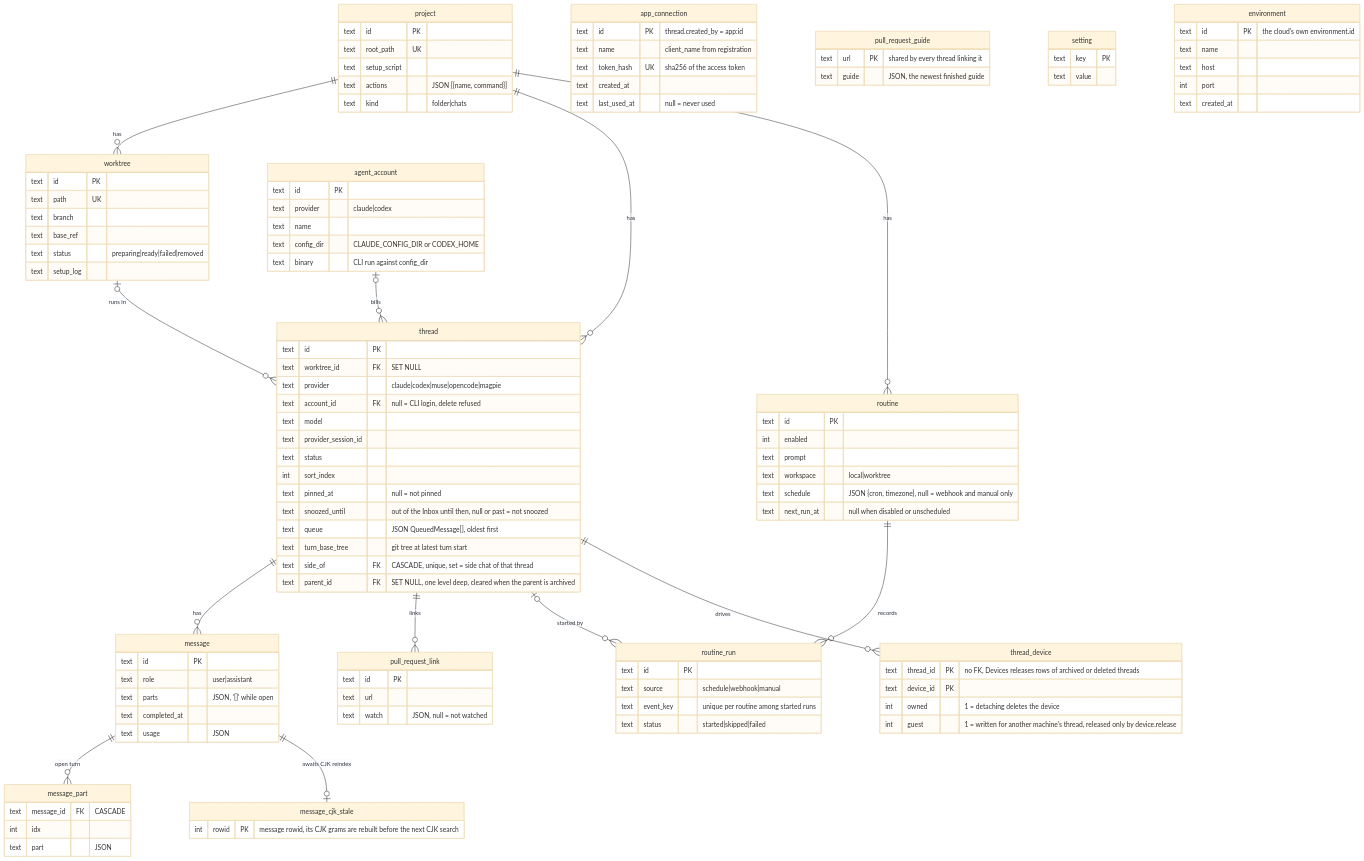
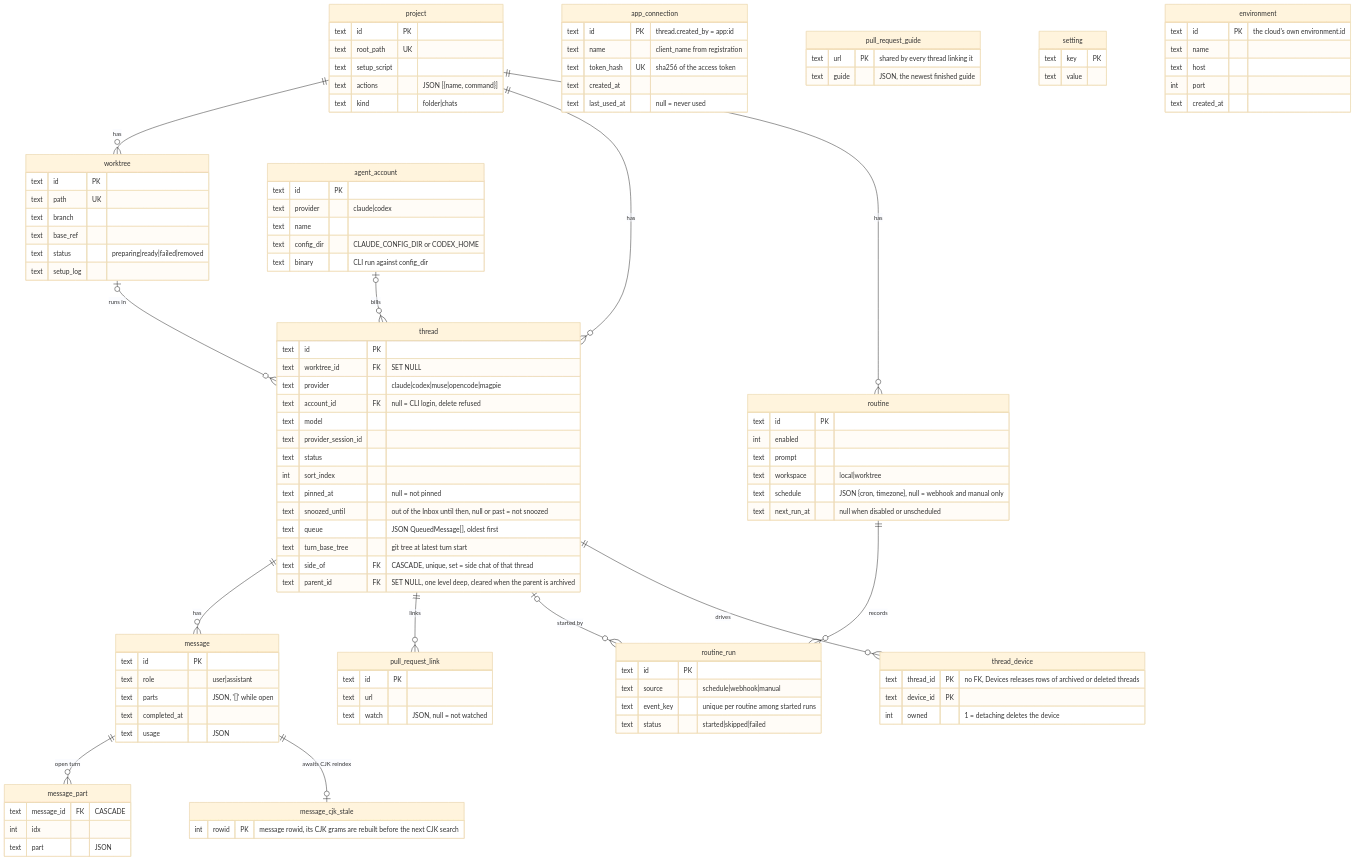
Before and after one commit to hinadev-ai/hinacode: diagram 12 of 19 in docs/arch.md, drawn with Mermaid (base theme). The commit also changed 48 other files, not shown here.

First line of the commit message:
feat(devices): run a thread's devices on a paired machine (#923)

```diff
--- a/docs/arch.md
+++ b/docs/arch.md
@@ -478,7 +478,6 @@
     text thread_id PK "no FK, Devices releases rows of archived or deleted threads"
     text device_id PK
     int owned "1 = detaching deletes the device"
-    int guest "1 = written for another machine's thread, released only by device.release"
   }
   message_part {
     text message_id FK "CASCADE"
```
